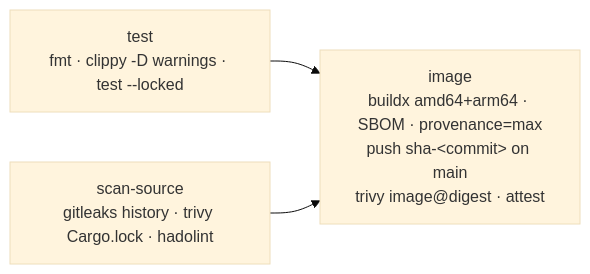
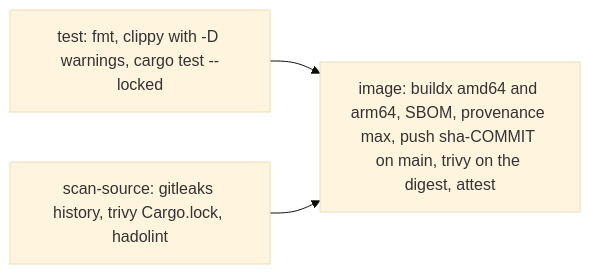
The third of 3 diagrams in docs/design/LLD.md (Dapravith/GitOps-Multi-Deployment), drawn with Mermaid (base theme) before and after one commit. The commit also changed other lines of this file and 3 other files, not shown here.

Commit message:
chore: fix a mermaid diagram

````diff
--- a/docs/design/LLD.md
+++ b/docs/design/LLD.md
@@ -236,6 +247,8 @@
 ```mermaid
 flowchart LR
-  T[test<br/>fmt · clippy -D warnings · test --locked] --> I
-  S[scan-source<br/>gitleaks history · trivy Cargo.lock · hadolint] --> I
-  I[image<br/>buildx amd64+arm64 · SBOM · provenance=max<br/>push sha-&lt;commit&gt; on main<br/>trivy image@digest · attest]
+  T["test: fmt, clippy with -D warnings, cargo test --locked"]
+  S["scan-source: gitleaks history, trivy Cargo.lock, hadolint"]
+  I["image: buildx amd64 and arm64, SBOM, provenance max, push sha-COMMIT on main, trivy on the digest, attest"]
+  T --> I
+  S --> I
 ```
````
